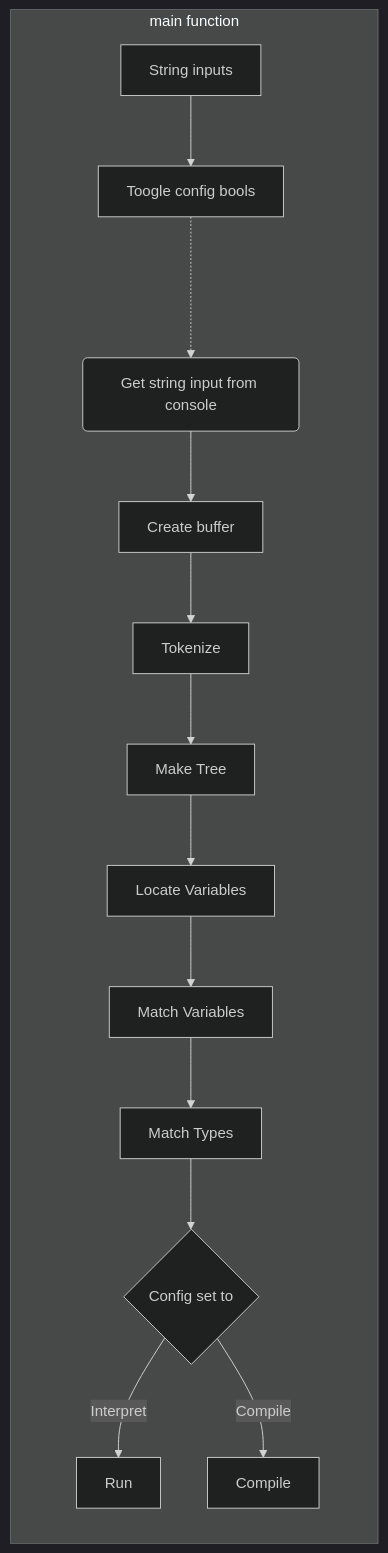
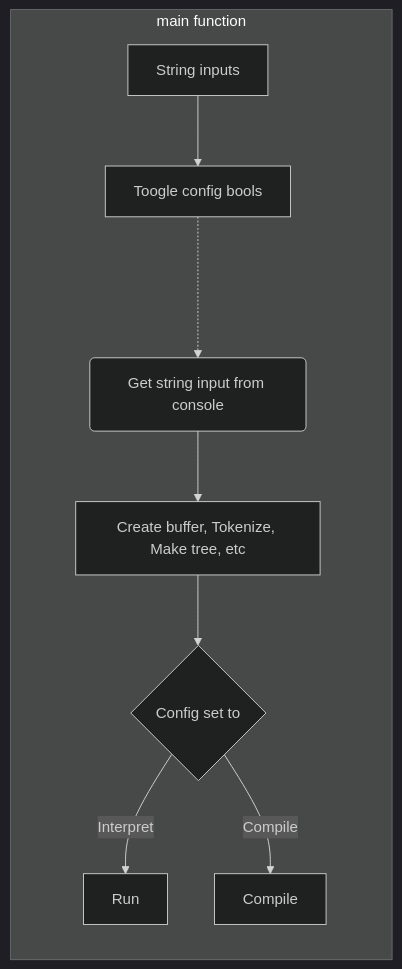
One commit to Jzhyang1/Monomer changed the sixth of 6 diagrams in Implementation.md. Above: the diagram before and after it, drawn with Mermaid (dark theme). The commit also changed other lines of this file, not shown here.

````diff
--- a/Implementation.md
+++ b/Implementation.md
@@ -229,17 +229,11 @@
 ```mermaid
 graph LR
 subgraph sg1["main function"]
-	direction TB
 	A[String inputs] --> B[Toogle config bools]
 	B ..-> C(Get string input from console)
-	C --> D[Create buffer]
-	D --> E[Tokenize]
-	E --> F[Make Tree]
-	F --> G[Locate Variables]
-	G --> H[Match Variables]
-	H --> I[Match Types]
+	C --> I[Create buffer, Tokenize, Make tree, etc]
 	I --> J{Config set to}
 	J -- Interpret --> K[Run]
 	J -- Compile --> L[Compile]
 end
 ```
````
